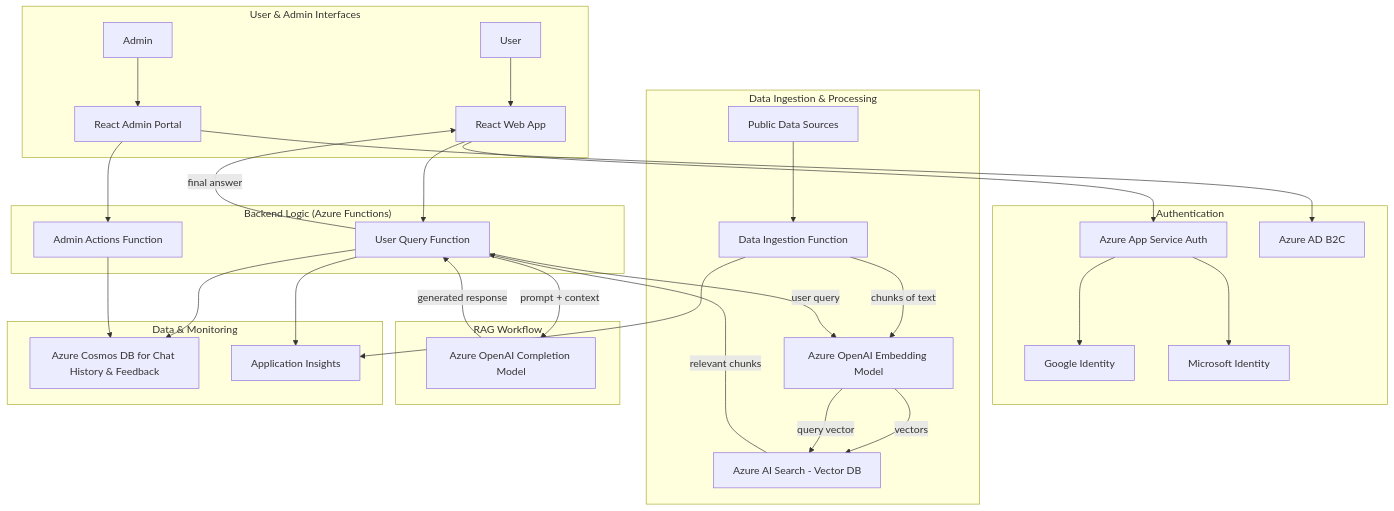
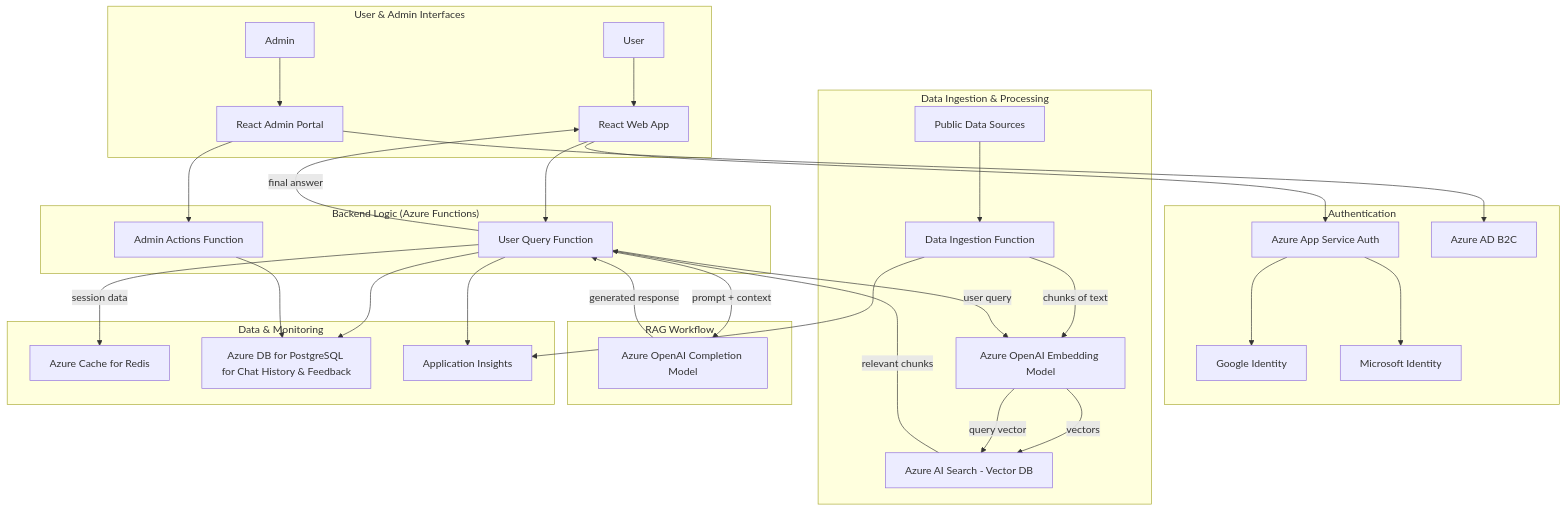
Before and after one commit to fpittelo/alpinebot: the diagram in README.md, drawn with Mermaid. The commit also changed 15 other files, not shown here.

Commit message:
Refactor architecture with redis and postgresql

````diff
--- a/README.md
+++ b/README.md
@@ -51,41 +51,42 @@
 ```mermaid
 graph TD
     subgraph "User & Admin Interfaces"
         User[User] --> Frontend[React Web App];
         Admin[Admin] --> AdminPortal[React Admin Portal];
     end
 
     subgraph "Authentication"
         Frontend --> Auth[Azure App Service Auth];
         Auth --> Google[Google Identity];
         Auth --> Microsoft[Microsoft Identity];
         AdminPortal --> AdminAuth[Azure AD B2C];
     end
 
     subgraph "Backend Logic (Azure Functions)"
         Frontend --> Backend_User_Query[User Query Function];
         AdminPortal --> Backend_Admin_Actions[Admin Actions Function];
     end
 
     subgraph "Data Ingestion & Processing"
         PublicData[Public Data Sources] --> Ingestion_Func[Data Ingestion Function];
         Ingestion_Func -- chunks of text --> Embedding_Model[Azure OpenAI Embedding Model];
         Embedding_Model -- vectors --> VectorDB[Azure AI Search - Vector DB];
     end
 
     subgraph "RAG Workflow"
         Backend_User_Query -- user query --> Embedding_Model;
         Embedding_Model -- query vector --> VectorDB;
         VectorDB -- relevant chunks --> Backend_User_Query;
         Backend_User_Query -- prompt + context --> OpenAI_Completion[Azure OpenAI Completion Model];
         OpenAI_Completion -- generated response --> Backend_User_Query;
         Backend_User_Query -- final answer --> Frontend;
     end
 
     subgraph "Data & Monitoring"
-        Backend_User_Query --> CosmosDB[Azure Cosmos DB for Chat History & Feedback];
-        Backend_Admin_Actions --> CosmosDB;
+        Backend_User_Query -- session data --> Redis[Azure Cache for Redis];
+        Backend_User_Query --> PostgreSQL[Azure DB for PostgreSQL for Chat History & Feedback];
+        Backend_Admin_Actions --> PostgreSQL;
         Backend_User_Query --> AppInsights[Application Insights];
         Ingestion_Func --> AppInsights;
     end
 ```
````
